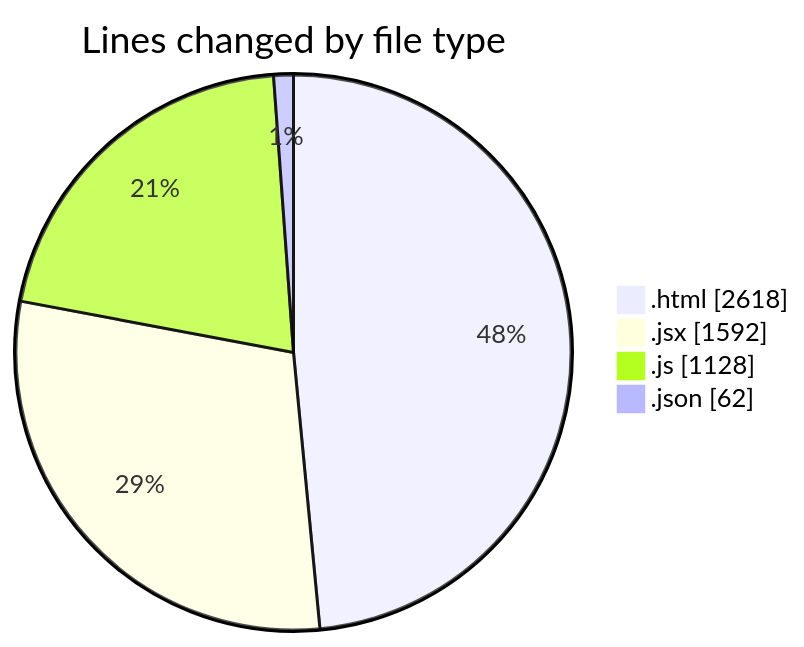
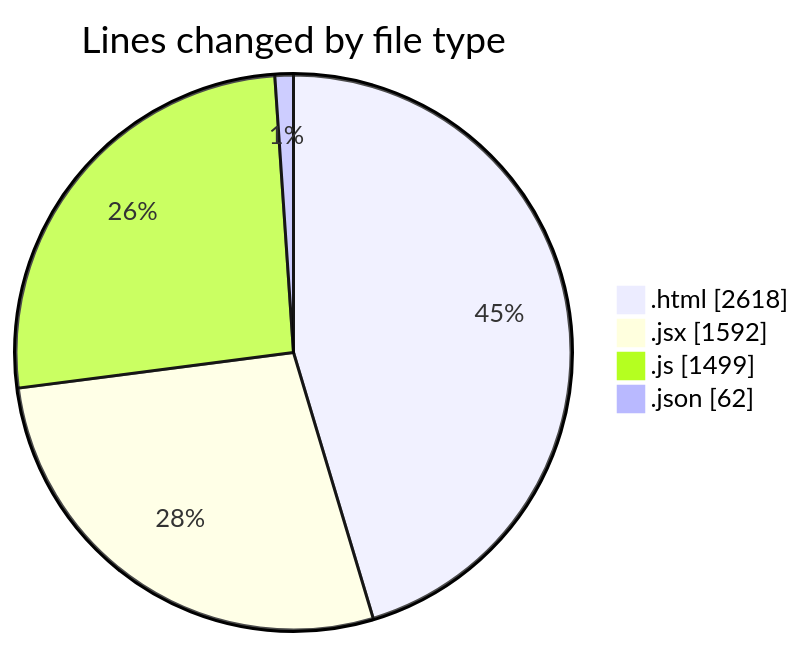
The first of 2 diagrams in 2025-08-08/nxtqube_webapp/README.md (nxtqubesakshisongat/code-tracking), drawn with Mermaid before and after one commit. The commit also changed other lines of this file and 1 other file, not shown here.

````diff
--- a/2025-08-08/nxtqube_webapp/README.md
+++ b/2025-08-08/nxtqube_webapp/README.md
@@ -24,8 +25,8 @@
 ```mermaid
 pie showData
 title Lines changed by file type
 ".html" : 2618
 ".jsx" : 1592
-".js" : 1128
+".js" : 1499
 ".json" : 62
 ```
````
